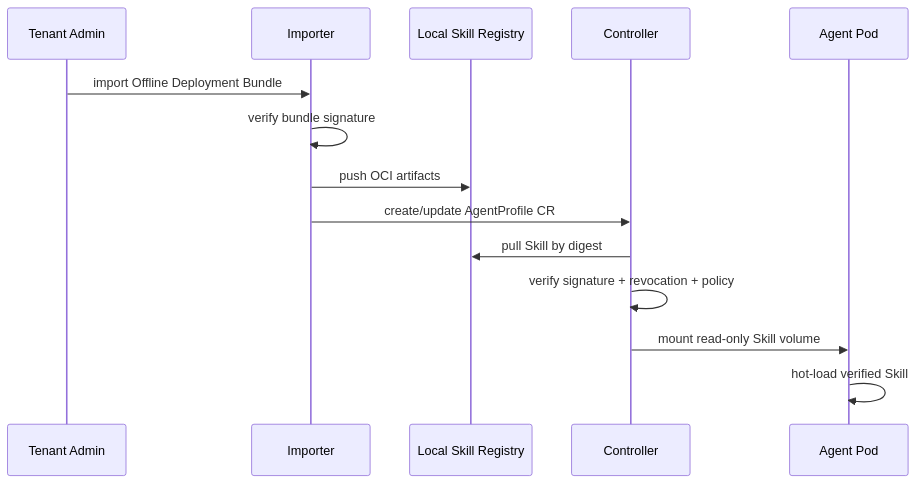
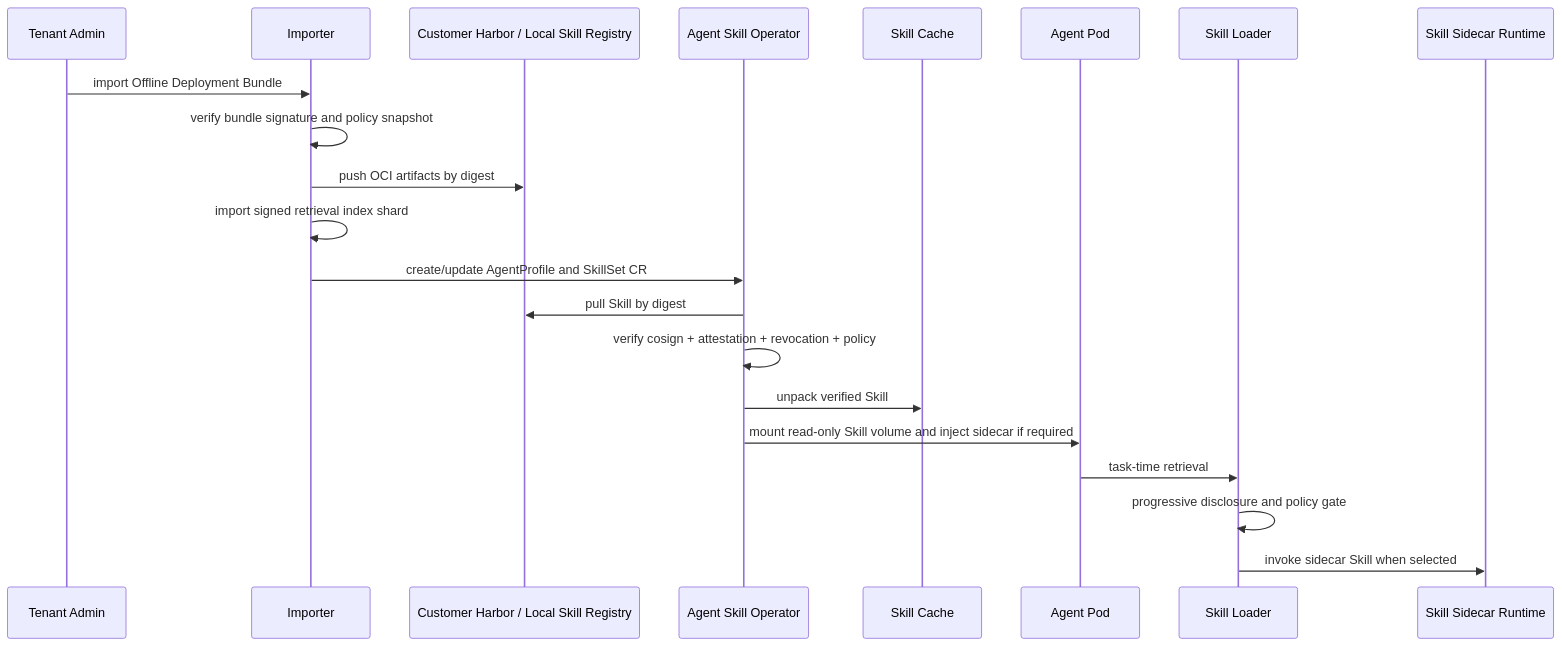
One commit to XmchxUp/agent_skill_registry changed the eighth of 9 diagrams in docs/agent-skill-registry-design.md. Above: the diagram before and after it, drawn with Mermaid. The commit also changed other lines of this file and 5 other files, not shown here.

````diff
--- a/docs/agent-skill-registry-design.md
+++ b/docs/agent-skill-registry-design.md
@@ -843,17 +1072,24 @@
 ```mermaid
 sequenceDiagram
   participant Admin as Tenant Admin
   participant Importer
-  participant LREG as Local Skill Registry
-  participant CTRL as Controller
+  participant LREG as Customer Harbor / Local Skill Registry
+  participant OP as Agent Skill Operator
+  participant CACHE as Skill Cache
   participant POD as Agent Pod
+  participant LOADER as Skill Loader
+  participant SIDE as Skill Sidecar Runtime
 
   Admin->>Importer: import Offline Deployment Bundle
-  Importer->>Importer: verify bundle signature
-  Importer->>LREG: push OCI artifacts
-  Importer->>CTRL: create/update AgentProfile CR
-  CTRL->>LREG: pull Skill by digest
-  CTRL->>CTRL: verify signature + revocation + policy
-  CTRL->>POD: mount read-only Skill volume
-  POD->>POD: hot-load verified Skill
+  Importer->>Importer: verify bundle signature and policy snapshot
+  Importer->>LREG: push OCI artifacts by digest
+  Importer->>Importer: import signed retrieval index shard
+  Importer->>OP: create/update AgentProfile and SkillSet CR
+  OP->>LREG: pull Skill by digest
+  OP->>OP: verify cosign + attestation + revocation + policy
+  OP->>CACHE: unpack verified Skill
+  OP->>POD: mount read-only Skill volume and inject sidecar if required
+  POD->>LOADER: task-time retrieval
+  LOADER->>LOADER: progressive disclosure and policy gate
+  LOADER->>SIDE: invoke sidecar Skill when selected
 ```
````
